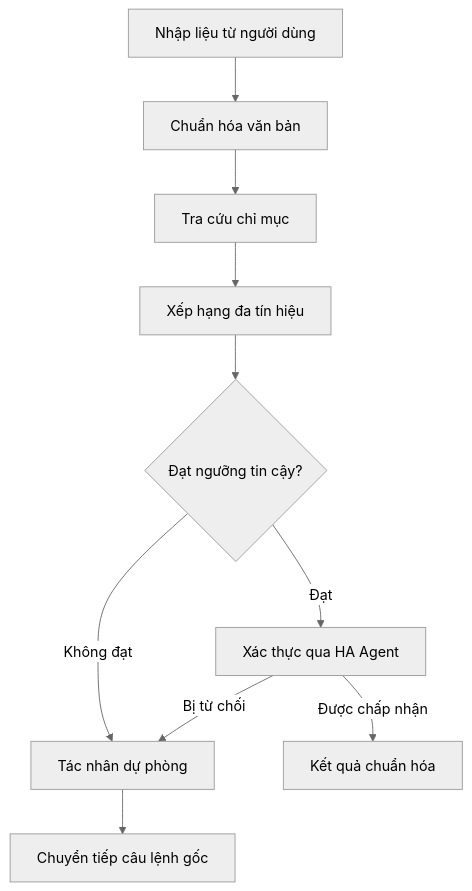
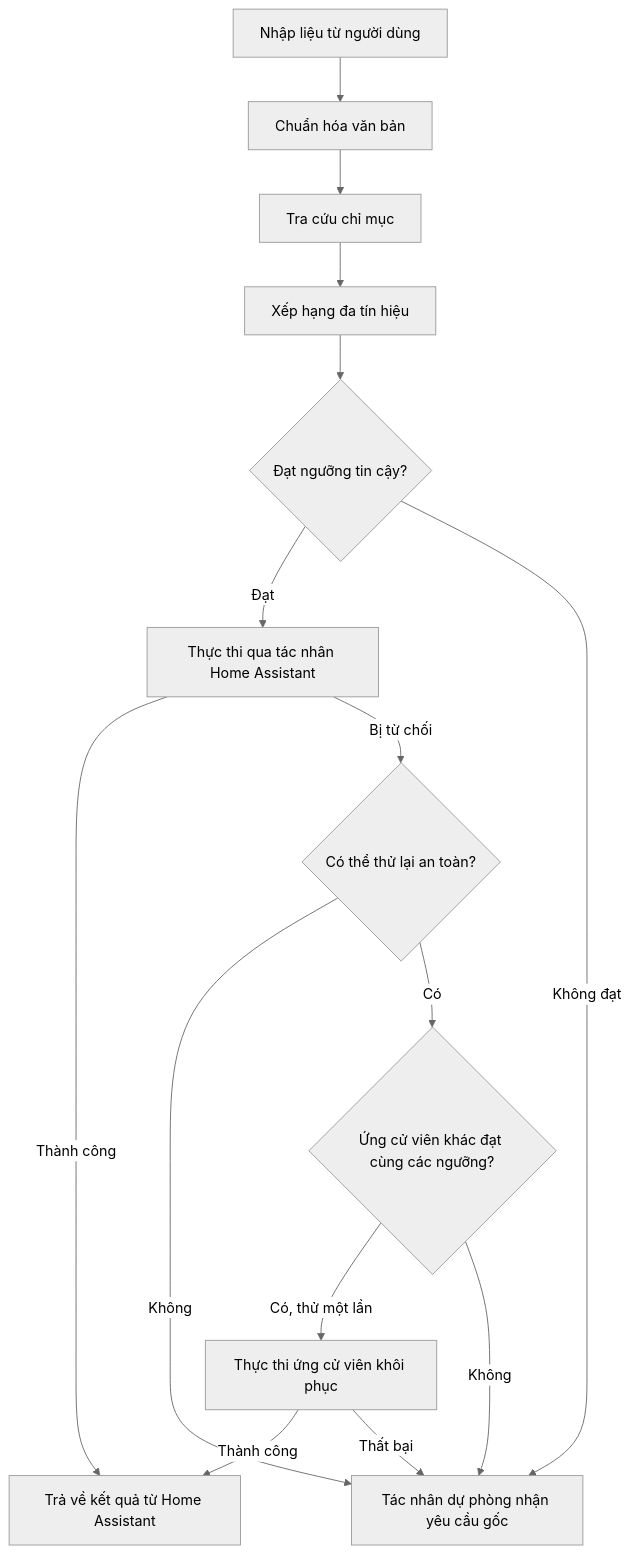
The diagram in README.vi.md (luuquangvu/assist-canonicalizer), drawn with Mermaid (neutral theme) before and after one commit. The commit also changed other lines of this file and 24 other files, not shown here.

````diff
--- a/README.vi.md
+++ b/README.vi.md
@@ -103,12 +103,17 @@
 ```mermaid
 flowchart TD
     A[Nhập liệu từ người dùng] --> B[Chuẩn hóa văn bản]
     B --> C[Tra cứu chỉ mục]
     C --> D[Xếp hạng đa tín hiệu]
     D --> E{Đạt ngưỡng tin cậy?}
-    E -->|Đạt| F[Xác thực qua HA Agent]
-    E -->|Không đạt| G[Tác nhân dự phòng]
-    F -->|Được chấp nhận| H[Kết quả chuẩn hóa]
-    F -->|Bị từ chối| G
-    G --> I[Chuyển tiếp câu lệnh gốc]
+    E -->|Đạt| F[Thực thi qua tác nhân Home Assistant]
+    E -->|Không đạt| G[Tác nhân dự phòng nhận yêu cầu gốc]
+    F -->|Thành công| H[Trả về kết quả từ Home Assistant]
+    F -->|Bị từ chối| R{Có thể thử lại an toàn?}
+    R -->|Không| G
+    R -->|Có| J{Ứng cử viên khác đạt cùng các ngưỡng?}
+    J -->|Có, thử một lần| K[Thực thi ứng cử viên khôi phục]
+    J -->|Không| G
+    K -->|Thành công| H
+    K -->|Thất bại| G
 ```
````
